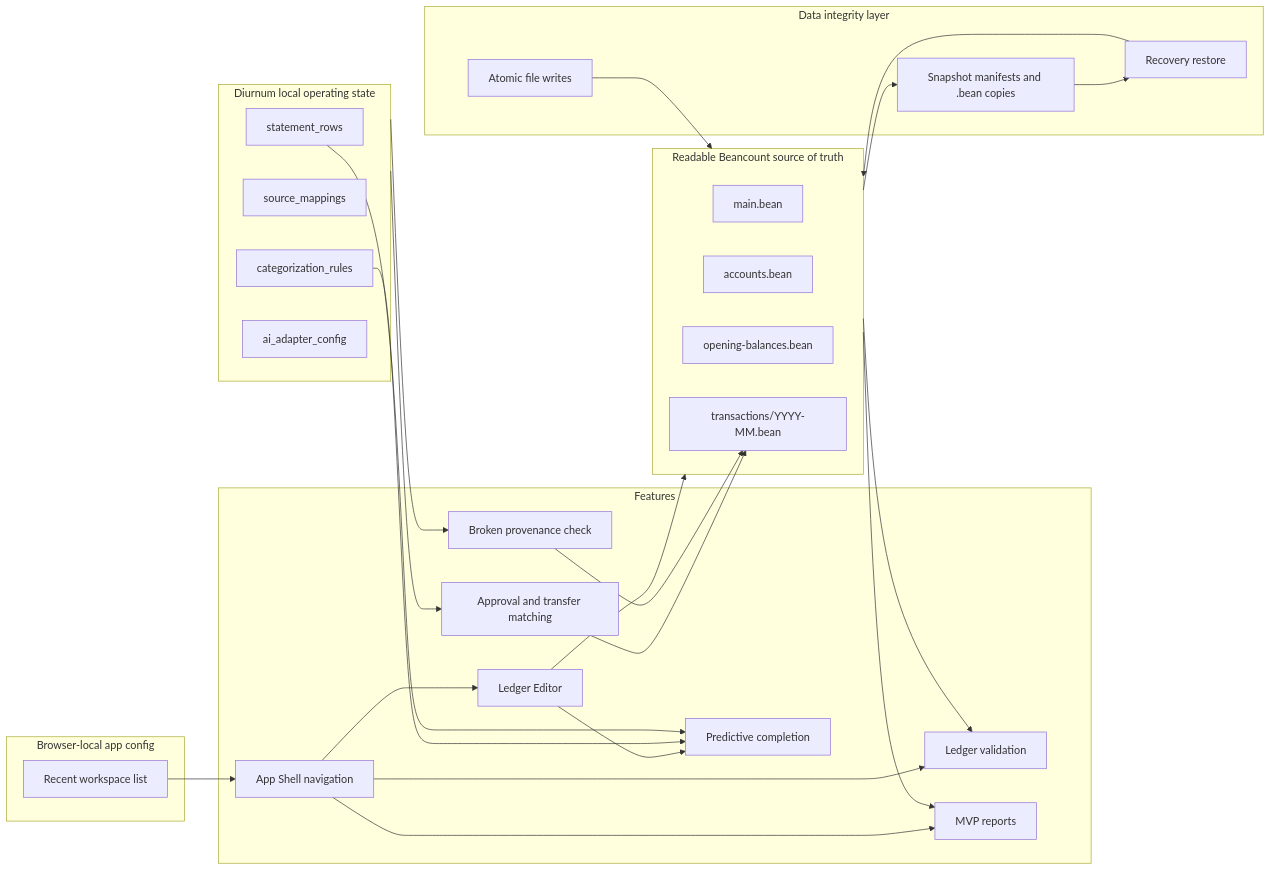
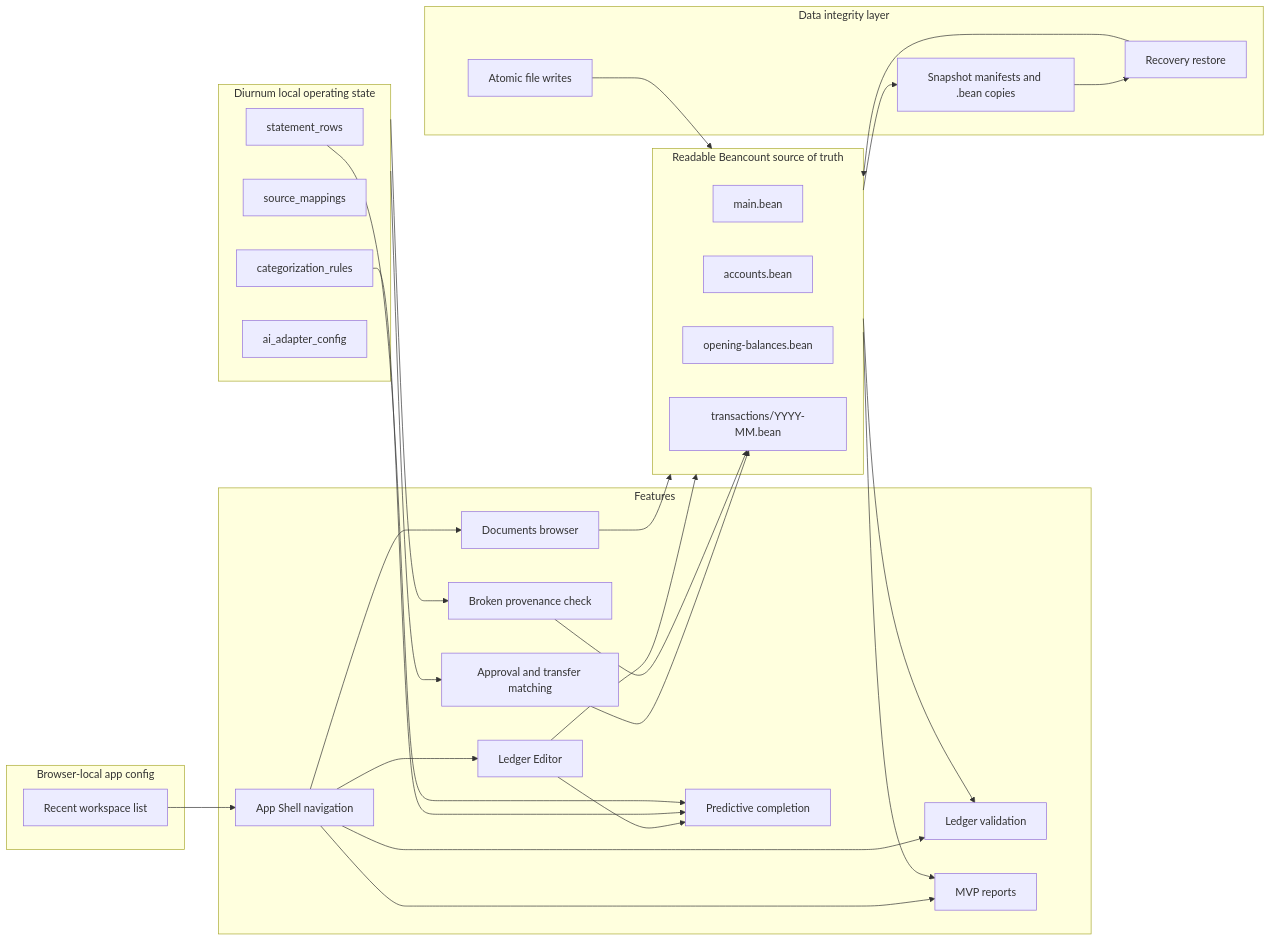
The third of 4 diagrams in docs/architecture.md (Diurnum-Dev/Diurnum), drawn with Mermaid before and after one commit. The commit also changed other lines of this file and 15 other files, not shown here.

Commit message:
feat: add documents browser and auto-filing

````diff
--- a/docs/architecture.md
+++ b/docs/architecture.md
@@ -102,55 +108,58 @@
 ```mermaid
 flowchart LR
   subgraph LedgerFiles[Readable Beancount source of truth]
     Main[main.bean]
     Accounts[accounts.bean]
     Opening[opening-balances.bean]
     Monthly[transactions/YYYY-MM.bean]
   end
 
   subgraph SQLite[Diurnum local operating state]
     Rows[statement_rows]
     Mappings[source_mappings]
     Rules[categorization_rules]
     Adapter[ai_adapter_config]
   end
 
   subgraph AppConfig[Browser-local app config]
     Recents[Recent workspace list]
   end
 
   subgraph Features[Features]
     Shell[App Shell navigation]
     Editor[Ledger Editor]
     Completion[Predictive completion]
+    Documents[Documents browser]
     Validation[Ledger validation]
     Approval[Approval and transfer matching]
     Provenance[Broken provenance check]
     Reports[MVP reports]
   end
 
   subgraph Integrity[Data integrity layer]
     Atomic[Atomic file writes]
     Snapshots[Snapshot manifests and .bean copies]
     Recovery[Recovery restore]
   end
 
   LedgerFiles --> Validation
   LedgerFiles --> Reports
   SQLite --> Approval
   SQLite --> Provenance
   Recents --> Shell
   Shell --> Editor
+  Shell --> Documents
   Editor --> Completion
   Editor --> LedgerFiles
   Rules --> Completion
   Rows --> Completion
+  Documents --> LedgerFiles
   Shell --> Validation
   Shell --> Reports
   Atomic --> LedgerFiles
   LedgerFiles --> Snapshots
   Snapshots --> Recovery
   Recovery --> LedgerFiles
   Approval --> Monthly
   Provenance --> Monthly
 ```
````
